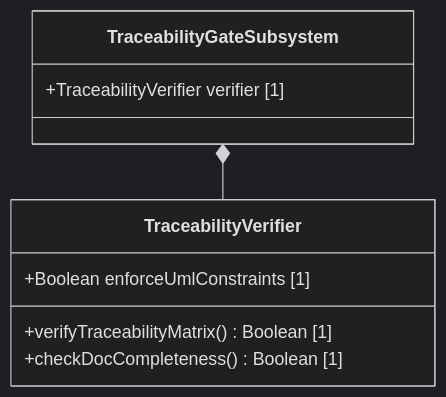
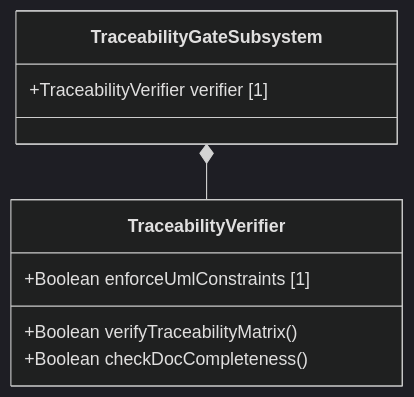
One commit to gintatkinson/digital-pipeline-repo changed the diagram in docs/features/feat-28-traceability-gate.md. Above: the diagram before and after it, drawn with Mermaid (dark theme). The commit also changed 16 other files, not shown here.

Commit message:
feat: implement fix_mermaid_colons.py and repair existing Mermaid class diagrams

````diff
--- a/docs/features/feat-28-traceability-gate.md
+++ b/docs/features/feat-28-traceability-gate.md
@@ -12,12 +12,12 @@
 ```mermaid
 classDiagram
     class TraceabilityGateSubsystem {
         +TraceabilityVerifier verifier [1]
     }
     class TraceabilityVerifier {
         +Boolean enforceUmlConstraints [1]
-        +verifyTraceabilityMatrix() Boolean [1]
-        +checkDocCompleteness() Boolean [1]
+        +Boolean verifyTraceabilityMatrix()
+        +Boolean checkDocCompleteness()
     }
     TraceabilityGateSubsystem *-- TraceabilityVerifier
 ```
````
